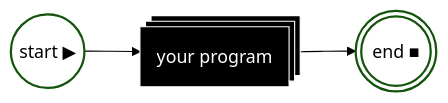
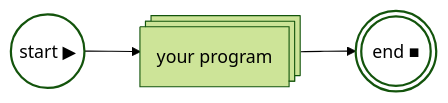
The first of 5 diagrams in docs/foundations.md (luka-sherman/python-field-guide), drawn with Mermaid (forest theme) before and after one commit. The commit also changed other lines of this file, not shown here.

Commit message:
bug fix mermaid format

````diff
--- a/docs/foundations.md
+++ b/docs/foundations.md
@@ -37,13 +37,13 @@
 ```mermaid
 flowchart LR
     black@{ shape: procs, label: "your program" }
     stop@{ shape: dbl-circ, label: "end ■" }
     start(("start ▶"))
     start --> black --> stop
 
     classDef terminal fill:none,stroke-width:2px
     class start,stop terminal
 
-    classDef blackbox fill:#000,color:#fff,stroke:#fff,stroke-width:1px
+    classDef blackbox stroke-width:1px
     class black blackbox
 ```
````
